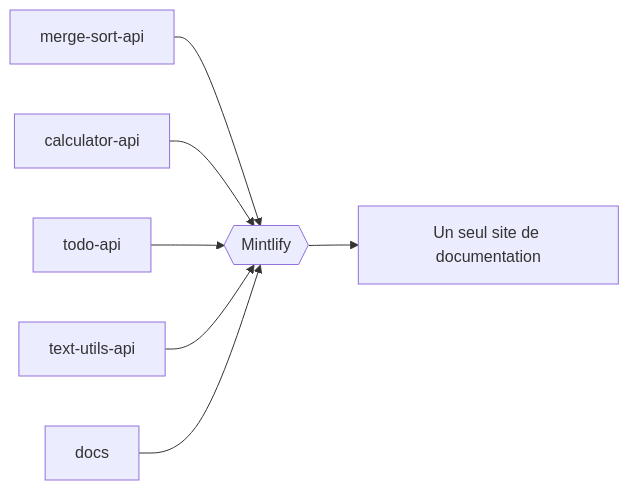
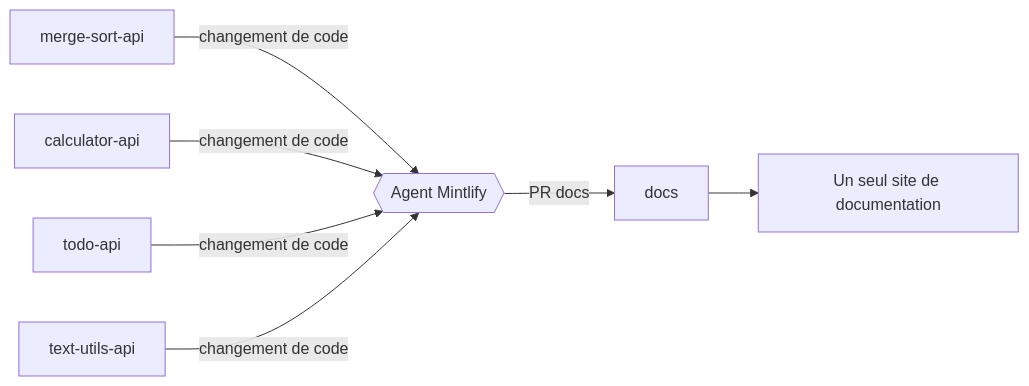
Before and after one commit to mintlify-demo/docs: the diagram in fr/quickstart.mdx, drawn with Mermaid. The commit also changed other lines of this file and 58 other files, not shown here.

````diff
--- a/fr/quickstart.mdx
+++ b/fr/quickstart.mdx
@@ -108,9 +108,9 @@
 ```mermaid
 flowchart LR
-    A[merge-sort-api] --> M{{Mintlify}}
-    B[calculator-api] --> M
-    C[todo-api] --> M
-    D[text-utils-api] --> M
-    E[docs] --> M
-    M --> S[Un seul site de documentation]
+    A[merge-sort-api] -- changement de code --> M{{Agent Mintlify}}
+    B[calculator-api] -- changement de code --> M
+    C[todo-api] -- changement de code --> M
+    D[text-utils-api] -- changement de code --> M
+    M -- PR docs --> E[docs]
+    E --> S[Un seul site de documentation]
 ```
````
